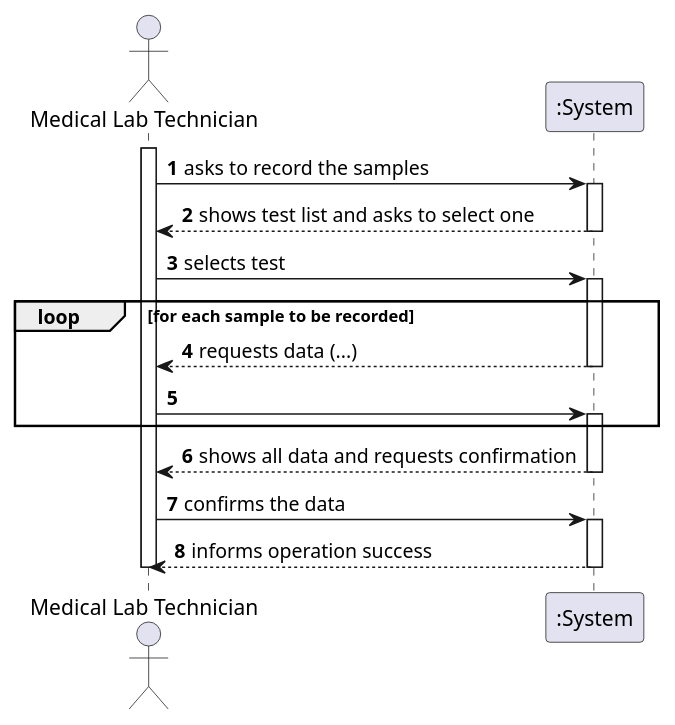
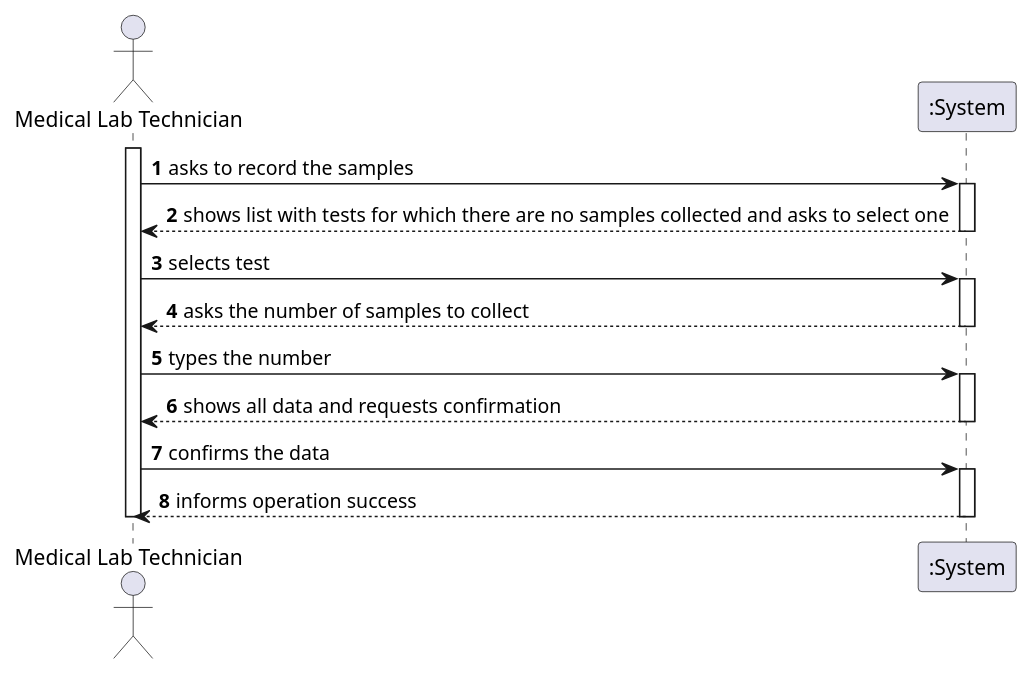
The diagram in docs/SprintC/US_5/US5_SSD.puml (ana-albergaria/LAPR2-ISEP), drawn with PlantUML before and after one commit. The commit also changed 4 other files, not shown here.

```diff
--- a/docs/SprintC/US_5/US5_SSD.puml
+++ b/docs/SprintC/US_5/US5_SSD.puml
@@ -1,34 +1,32 @@
 @startuml
 
 autonumber
 actor "Medical Lab Technician" as MLT
 
 activate MLT
 MLT -> ":System" : asks to record the samples
 /'Here below'/
 activate ":System"
-":System" --> MLT : shows test list and asks to select one
+":System" --> MLT : shows list with tests for which there are no samples collected and asks to select one
 deactivate ":System"
 
 MLT -> ":System" : selects test
 activate ":System"
 
-loop for each sample to be recorded
-":System" --> MLT : requests data (...)
+":System" --> MLT : asks the number of samples to collect
 deactivate ":System"
 
-MLT -> ":System" :
+MLT -> ":System" : types the number
 activate ":System"
-end
 
 ":System" --> MLT : shows all data and requests confirmation
 deactivate ":System"
 
 MLT -> ":System" : confirms the data
 activate ":System"
 ":System" --> MLT : informs operation success
 deactivate ":System"
 
 deactivate MLT
 
 @enduml
```
